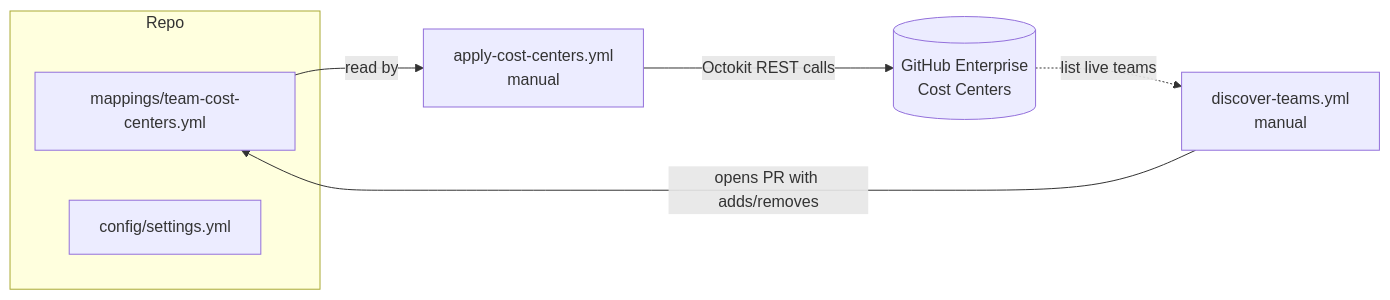
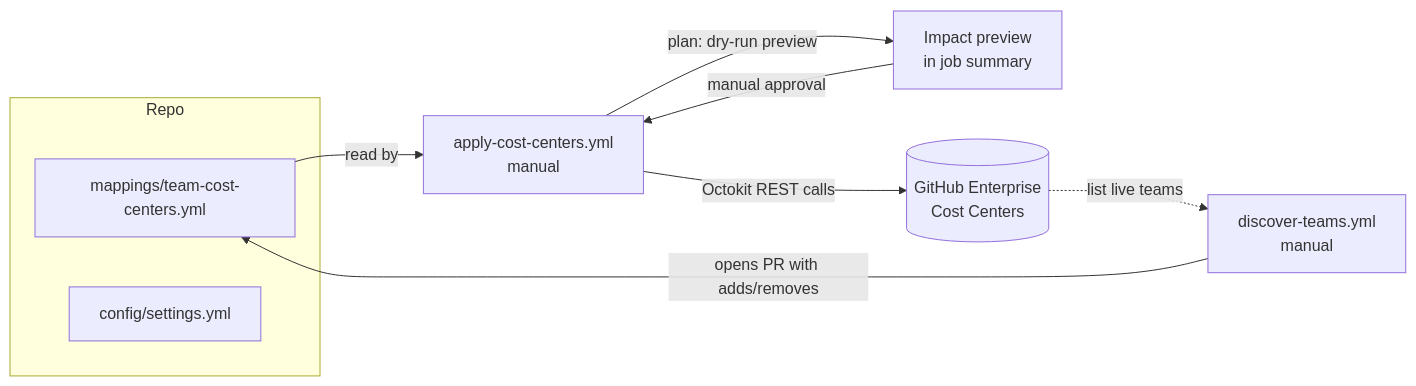
The diagram in README.md (orgorgorgorgorg1/github-cost-center-automation-rdw), drawn with Mermaid before and after one commit. The commit also changed other lines of this file and 2 other files, not shown here.

Commit message:
implement approval step

````diff
--- a/README.md
+++ b/README.md
@@ -12,12 +17,14 @@
 ```mermaid
 flowchart LR
     subgraph Repo
         M[mappings/team-cost-centers.yml]
         S[config/settings.yml]
     end
 
     D[discover-teams.yml<br/>manual] -->|opens PR with adds/removes| M
     M -->|read by| A[apply-cost-centers.yml<br/>manual]
+    A -->|plan: dry-run preview| P[Impact preview<br/>in job summary]
+    P -->|manual approval| A
     A -->|Octokit REST calls| GH[(GitHub Enterprise<br/>Cost Centers)]
     GH -.->|list live teams| D
 ```
````
